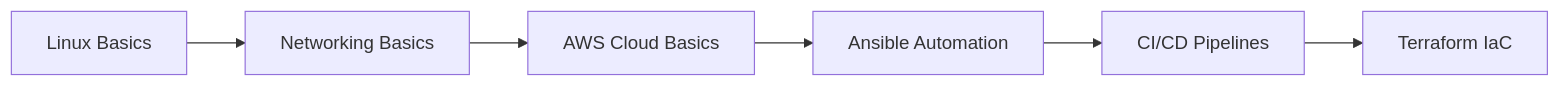
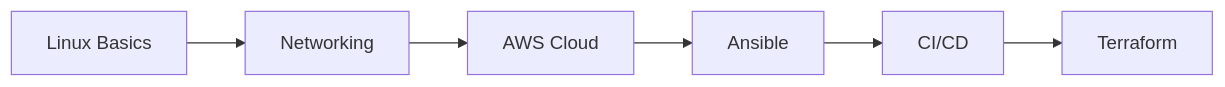
Before and after one commit to arkantandel/Deployement-using-Ansible: the third of 3 diagrams in README.md, drawn with Mermaid. The commit also changed other lines of this file, not shown here.

````diff
--- a/README.md
+++ b/README.md
@@ -188,8 +181,8 @@
 ```mermaid
 flowchart LR
-    A[Linux Basics] --> B[Networking Basics]
-    B --> C[AWS Cloud Basics]
-    C --> D[Ansible Automation]
-    D --> E[CI/CD Pipelines]
-    E --> F[Terraform IaC]
+    A[Linux Basics] --> B[Networking]
+    B --> C[AWS Cloud]
+    C --> D[Ansible]
+    D --> E[CI/CD]
+    E --> F[Terraform]
 ```
````
